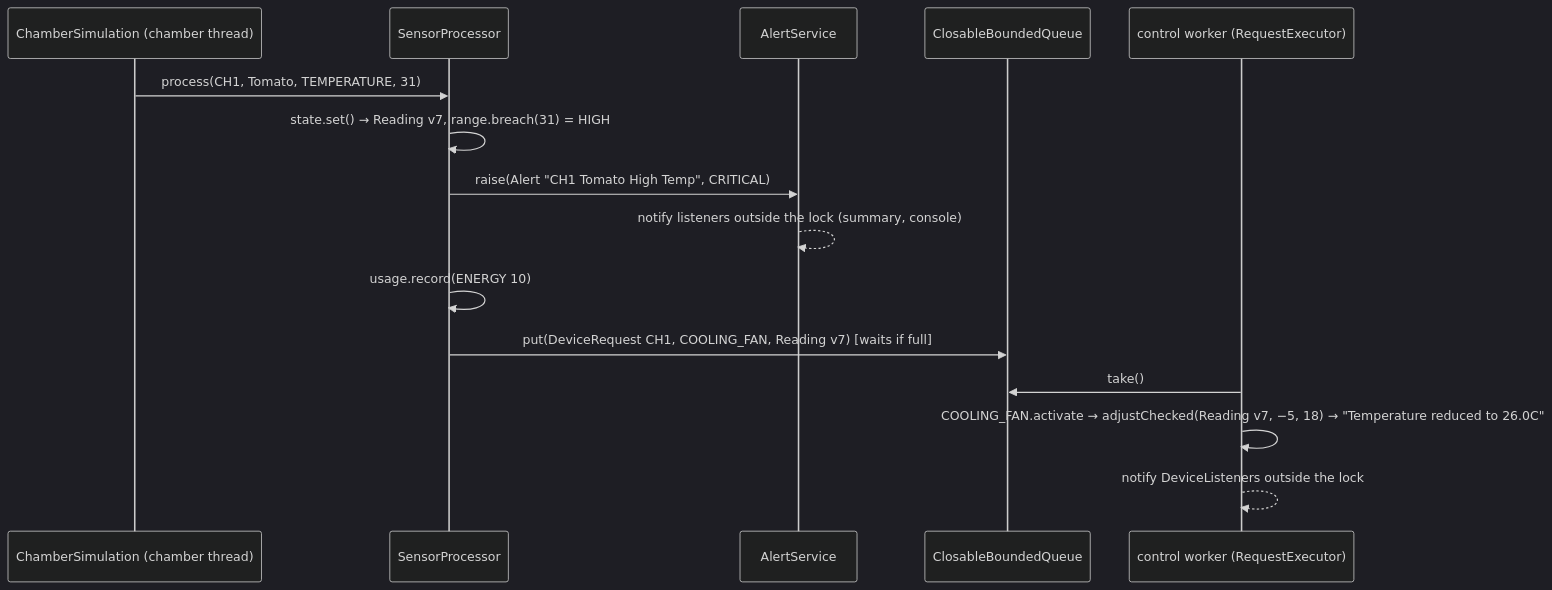
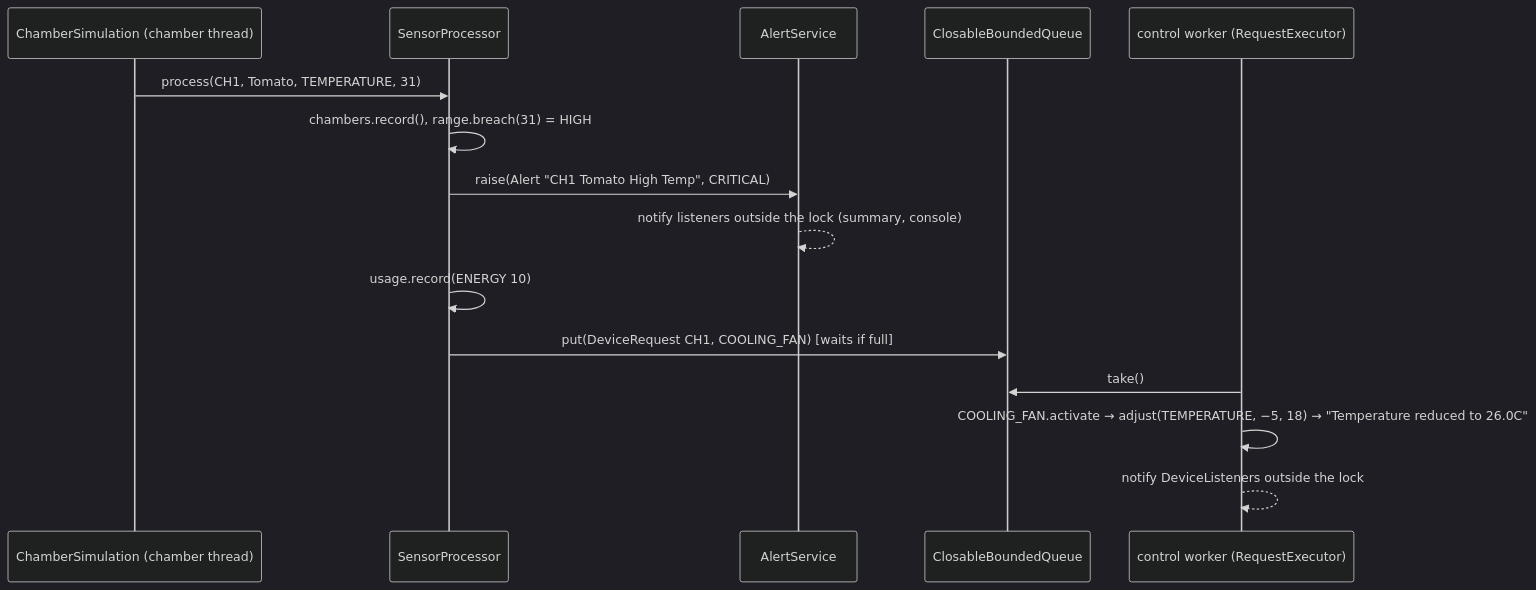
The second of 4 diagrams in README.md (jarenlimhaan/se301-svfrms), drawn with Mermaid (dark theme) before and after one commit. The commit also changed other lines of this file and 35 other files, not shown here.

````diff
--- a/README.md
+++ b/README.md
@@ -131,17 +134,17 @@
 ```mermaid
 sequenceDiagram
     participant Sim as ChamberSimulation (chamber thread)
     participant SP as SensorProcessor
     participant AS as AlertService
     participant Q as ClosableBoundedQueue
     participant W as control worker (RequestExecutor)
     Sim->>SP: process(CH1, Tomato, TEMPERATURE, 31)
-    SP->>SP: state.set() → Reading v7, range.breach(31) = HIGH
+    SP->>SP: chambers.record(), range.breach(31) = HIGH
     SP->>AS: raise(Alert "CH1 Tomato High Temp", CRITICAL)
     AS-->>AS: notify listeners outside the lock (summary, console)
     SP->>SP: usage.record(ENERGY 10)
-    SP->>Q: put(DeviceRequest CH1, COOLING_FAN, Reading v7) [waits if full]
+    SP->>Q: put(DeviceRequest CH1, COOLING_FAN) [waits if full]
     W->>Q: take()
-    W->>W: COOLING_FAN.activate → adjustChecked(Reading v7, −5, 18) → "Temperature reduced to 26.0C"
+    W->>W: COOLING_FAN.activate → adjust(TEMPERATURE, −5, 18) → "Temperature reduced to 26.0C"
     W-->>W: notify DeviceListeners outside the lock
 ```
````
